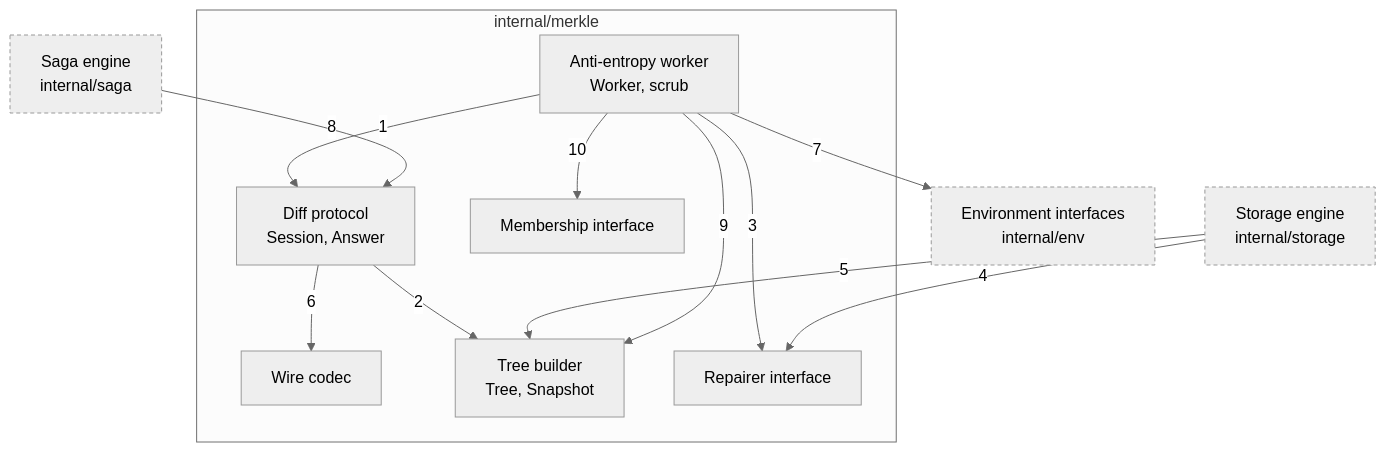
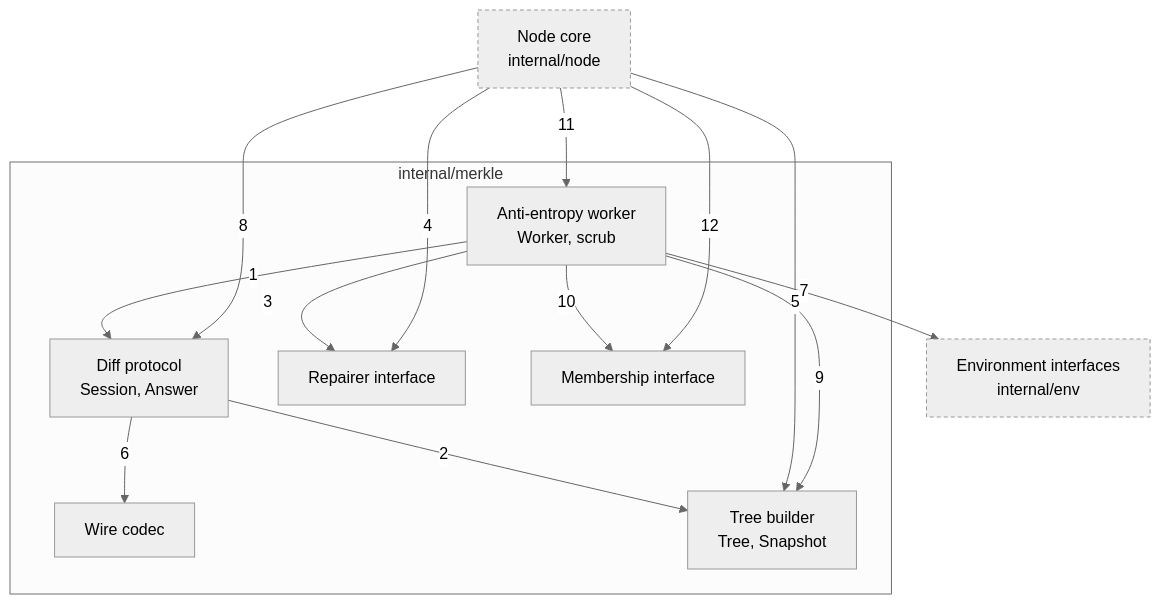
One commit to nickstrad/decentralized-object-store changed the diagram in docs/c4/06-component-merkle.md. Above: the diagram before and after it, drawn with Mermaid (neutral theme). The commit also changed other lines of this file and 28 other files, not shown here.

Commit message:
c4: redraw the diagrams as built: a node core that implements every package's interfaces, a node runtime, the object API over one service interface

````diff
--- a/docs/c4/06-component-merkle.md
+++ b/docs/c4/06-component-merkle.md
@@ -8,26 +8,27 @@
 ```mermaid
 flowchart TB
-  SAGA["Saga engine<br/>internal/saga"]
-  STORAGE["Storage engine<br/>internal/storage"]
+  NODE["Node core<br/>internal/node"]
   subgraph MERKLE["internal/merkle"]
     WORKER["Anti-entropy worker<br/>Worker, scrub"]
     DIFF["Diff protocol<br/>Session, Answer"]
     WIRE["Wire codec"]
     TREE["Tree builder<br/>Tree, Snapshot"]
     REPAIRER["Repairer interface"]
     MEMBERSHIP["Membership interface"]
   end
   ENV["Environment interfaces<br/>internal/env"]
   WORKER -->|1| DIFF
   DIFF -->|2| TREE
   WORKER -->|3| REPAIRER
-  STORAGE -->|4| REPAIRER
-  STORAGE -->|5| TREE
+  NODE -->|4| REPAIRER
+  NODE -->|5| TREE
   DIFF -->|6| WIRE
   WORKER -->|7| ENV
-  SAGA -->|8| DIFF
+  NODE -->|8| DIFF
   WORKER -->|9| TREE
   WORKER -->|10| MEMBERSHIP
+  NODE -->|11| WORKER
+  NODE -->|12| MEMBERSHIP
   classDef ext stroke-dasharray:4 3
-  class SAGA,STORAGE,ENV ext
+  class NODE,ENV ext
 ```
````
